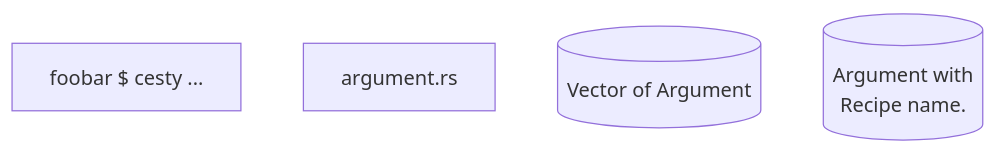
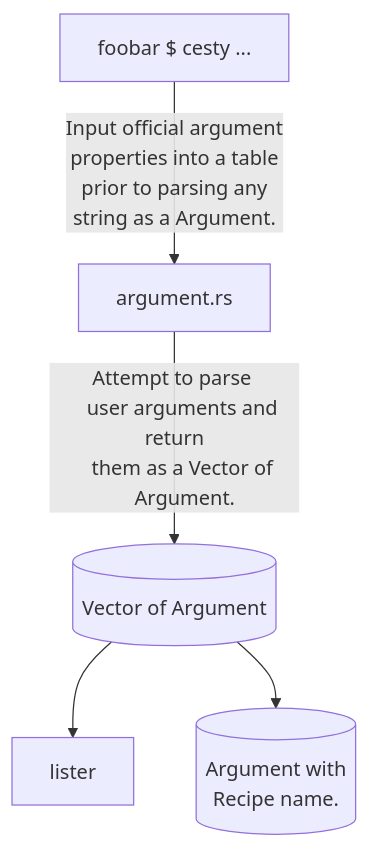
The third of 3 diagrams in ideas/thoughts.md (josko3567/cesty), drawn with Mermaid before and after one commit. The commit also changed other lines of this file, not shown here.

Commit message:
thoughts.md attempt to fix for github

````diff
--- a/ideas/thoughts.md
+++ b/ideas/thoughts.md
@@ -384,17 +384,25 @@
 ```mermaid
 flowchart TB;
-    start_user_input[foobar $ cesty ...]
+    startuserinput[foobar $ cesty ...]
 
     argumentparser[argument.rs]
     argumentdatabase[(Vector of Argument)]
     recipe[(Argument with 
     Recipe name.)]
 
+    startuserinput-->|Input official argument
+    properties into a table
+    prior to parsing any
+    string as a Argument.|argumentparser
 
+    argumentparser-->|Attempt to parse 
+    user arguments and return
+    them as a Vector of 
+    Argument.|argumentdatabase-->lister & recipe
 
     
 
 
     
 
 ```
````
